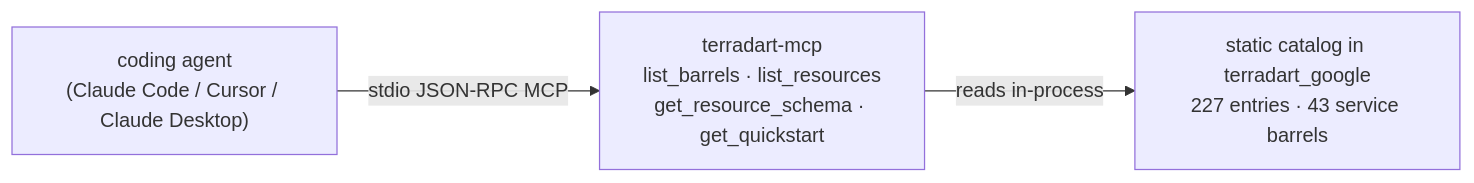
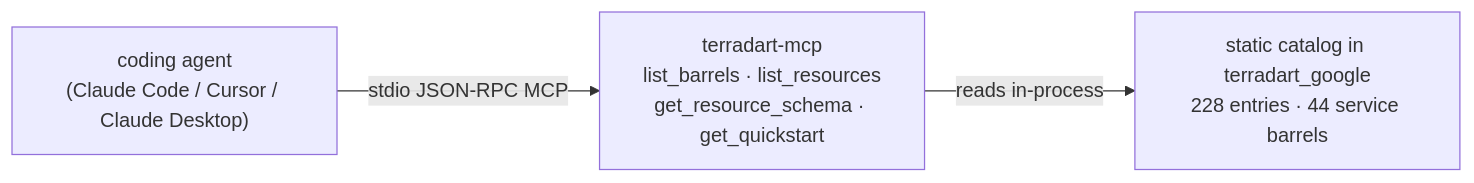
One commit to nozomi-koborinai/terradart changed the diagram in website/src/content/docs/docs/agent/index.md. Above: the diagram before and after it, drawn with Mermaid. The commit also changed other lines of this file and 27 other files, not shown here.

````diff
--- a/website/src/content/docs/docs/agent/index.md
+++ b/website/src/content/docs/docs/agent/index.md
@@ -12,8 +12,8 @@
 ```mermaid
 graph LR
   agent["coding agent<br/>(Claude Code / Cursor / Claude Desktop)"]
   mcp["terradart-mcp<br/>list_barrels · list_resources<br/>get_resource_schema · get_quickstart"]
-  catalog["static catalog in terradart_google<br/>227 entries · 43 service barrels"]
+  catalog["static catalog in terradart_google<br/>228 entries · 44 service barrels"]
   agent -->|stdio JSON-RPC MCP| mcp
   mcp -->|reads in-process| catalog
 ```
````
